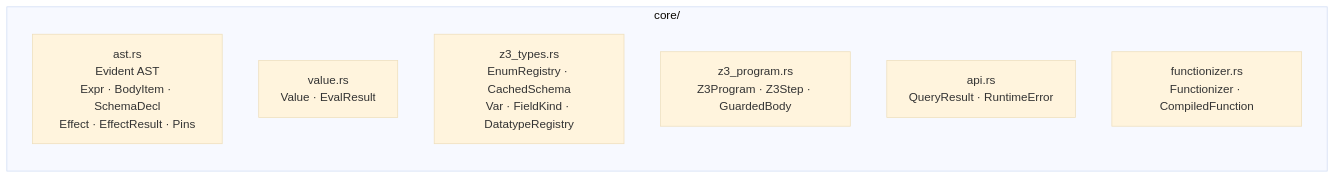
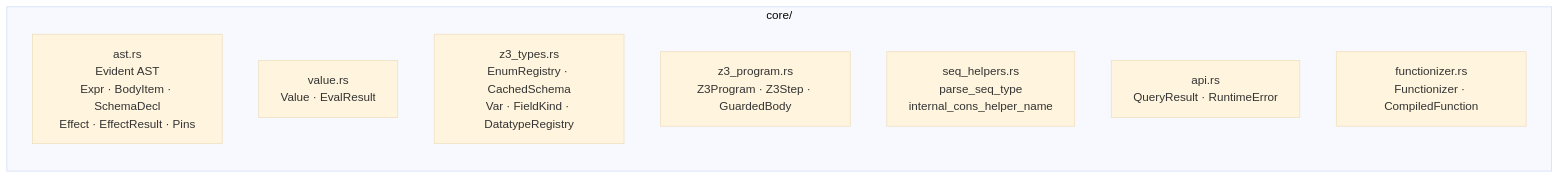
The first of 7 diagrams in runtime/README.md (danroblewis/evident), drawn with Mermaid (base theme) before and after one commit. The commit also changed other lines of this file and 1 other file, not shown here.

````diff
--- a/runtime/README.md
+++ b/runtime/README.md
@@ -68,11 +68,12 @@
 ```mermaid
 graph LR
     subgraph core[core/]
         ast[ast.rs<br/>Evident AST<br/>Expr · BodyItem · SchemaDecl<br/>Effect · EffectResult · Pins]
         value[value.rs<br/>Value · EvalResult]
         z3t[z3_types.rs<br/>EnumRegistry · CachedSchema<br/>Var · FieldKind · DatatypeRegistry]
         z3p[z3_program.rs<br/>Z3Program · Z3Step · GuardedBody]
+        seqh[seq_helpers.rs<br/>parse_seq_type<br/>internal_cons_helper_name]
         api[api.rs<br/>QueryResult · RuntimeError]
         fzt[functionizer.rs<br/>Functionizer · CompiledFunction]
     end
 ```
````
